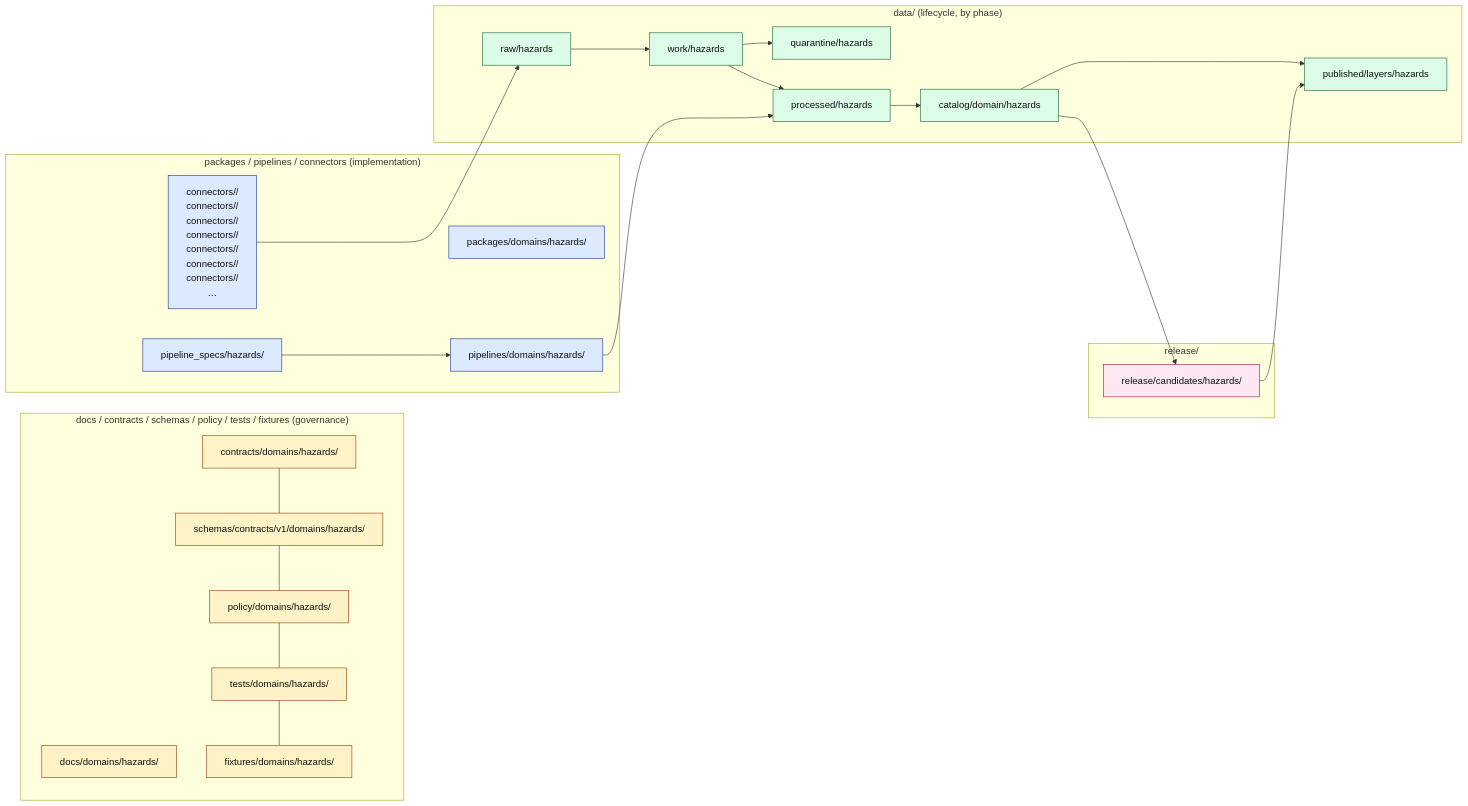
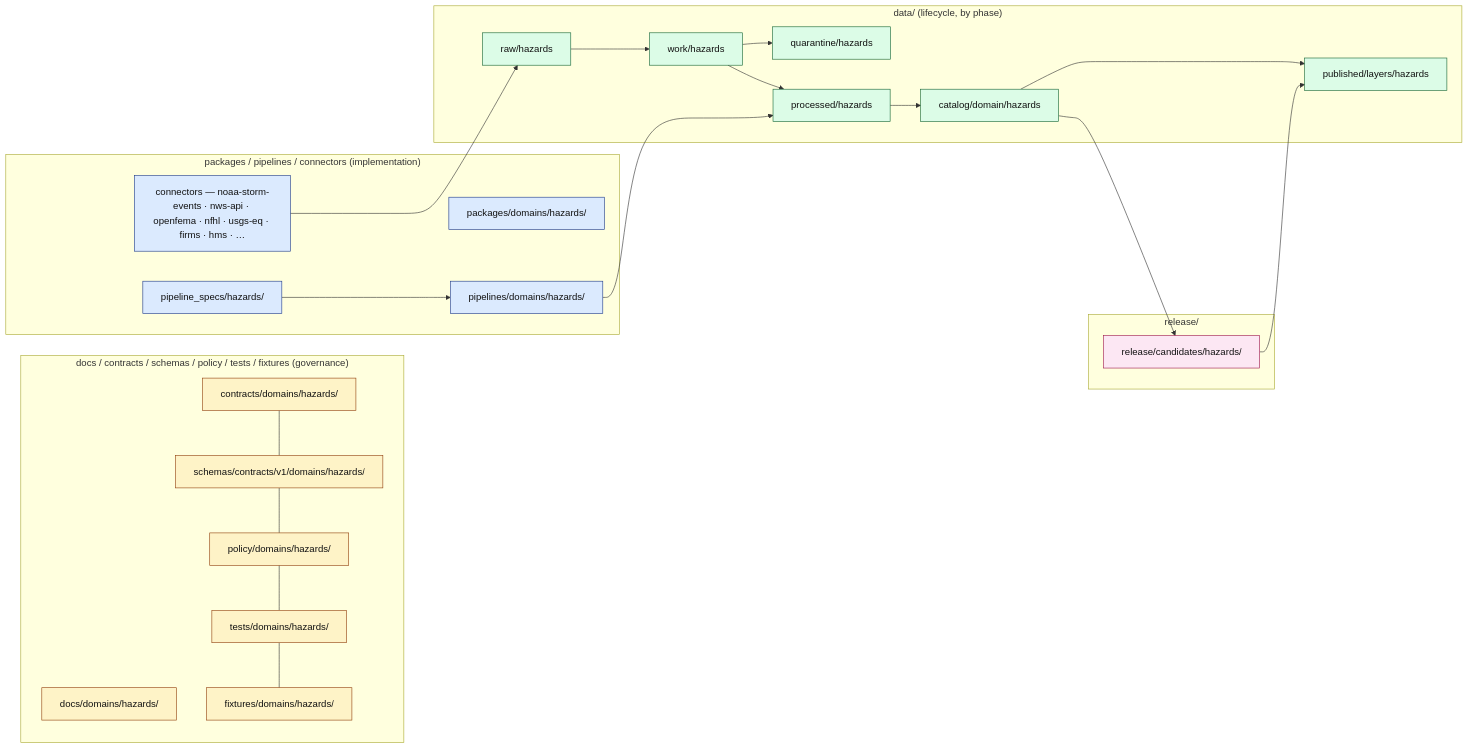
One commit to bartytime4life/Kansas-Frontier-Matrix changed the first of 3 diagrams in docs/domains/hazards/README.md. Above: the diagram before and after it, drawn with Mermaid. The commit also changed other lines of this file, not shown here.

````diff
--- a/docs/domains/hazards/README.md
+++ b/docs/domains/hazards/README.md
@@ -155,40 +167,40 @@
 ```mermaid
 flowchart LR
   classDef gov fill:#FEF3C7,stroke:#92400E,color:#111;
   classDef impl fill:#DBEAFE,stroke:#1E3A8A,color:#111;
   classDef data fill:#DCFCE7,stroke:#166534,color:#111;
   classDef rel fill:#FCE7F3,stroke:#9D174D,color:#111;
 
   subgraph DOC["docs / contracts / schemas / policy / tests / fixtures (governance)"]
     A["docs/domains/hazards/"]:::gov
     B["contracts/domains/hazards/"]:::gov
     C["schemas/contracts/v1/domains/hazards/"]:::gov
     D["policy/domains/hazards/"]:::gov
     E["tests/domains/hazards/"]:::gov
     F["fixtures/domains/hazards/"]:::gov
   end
 
   subgraph IMPL["packages / pipelines / connectors (implementation)"]
     G["packages/domains/hazards/"]:::impl
     H["pipelines/domains/hazards/"]:::impl
     I["pipeline_specs/hazards/"]:::impl
-    J["connectors/<noaa-storm-events>/<br/>connectors/<nws-api>/<br/>connectors/<openfema>/<br/>connectors/<nfhl>/<br/>connectors/<usgs-eq>/<br/>connectors/<firms>/<br/>connectors/<hms>/<br/>…"]:::impl
+    J["connectors — noaa-storm-events · nws-api · openfema · nfhl · usgs-eq · firms · hms · …"]:::impl
   end
 
   subgraph LIFE["data/ (lifecycle, by phase)"]
     K["raw/hazards"]:::data --> L["work/hazards"]:::data
     L --> M["quarantine/hazards"]:::data
     L --> N["processed/hazards"]:::data
     N --> O["catalog/domain/hazards"]:::data
     O --> P["published/layers/hazards"]:::data
   end
 
   subgraph REL["release/"]
     Q["release/candidates/hazards/"]:::rel
   end
 
   B --- C --- D --- E --- F
   J --> K
   I --> H --> N
   O --> Q --> P
 ```
````
